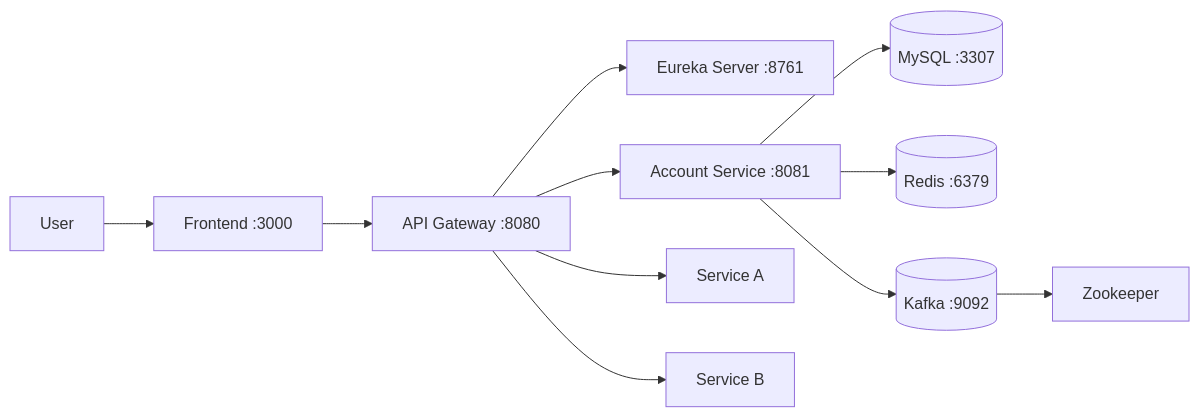
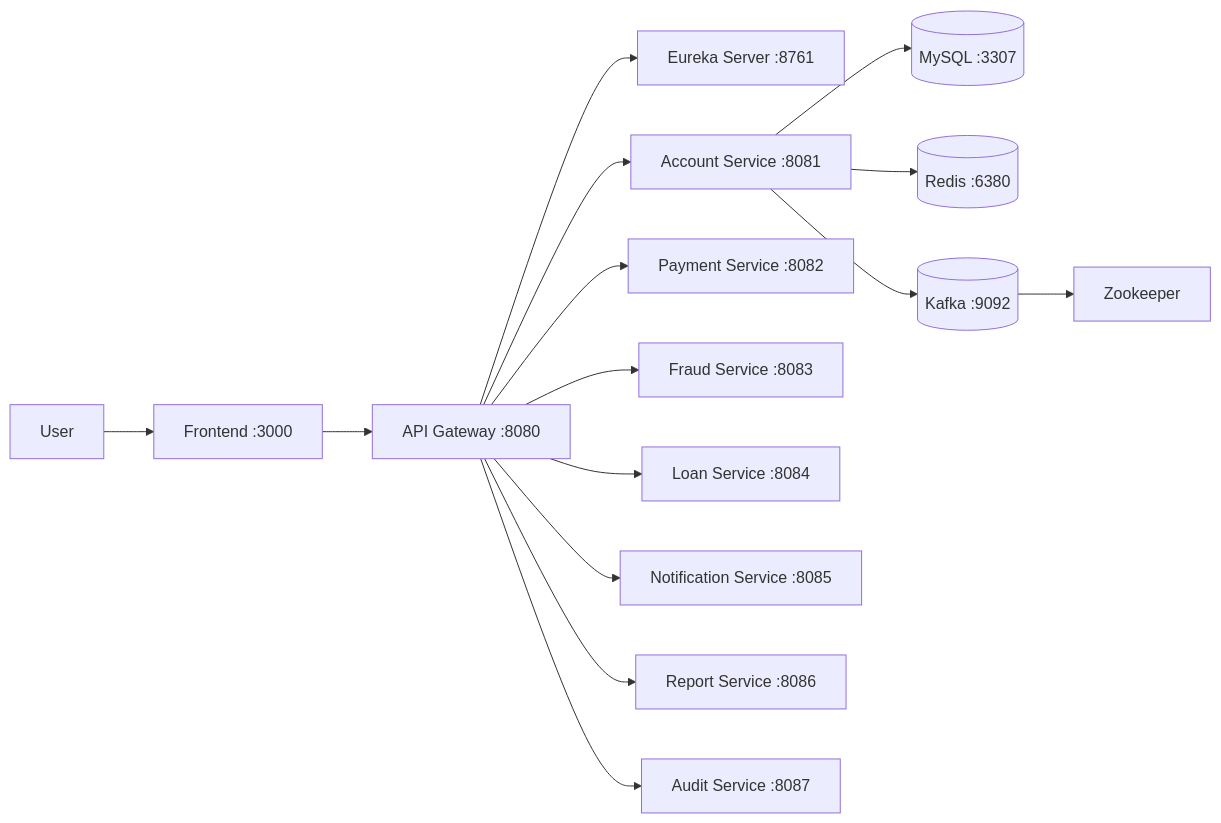
Before and after one commit to hanguyenviet7704/finance_individual: the diagram in README.md, drawn with Mermaid. The commit also changed other lines of this file and 165 other files, not shown here.

````diff
--- a/README.md
+++ b/README.md
@@ -29,13 +30,17 @@
 ```mermaid
 graph LR
     U[User] --> FE[Frontend :3000]
     FE --> GW[API Gateway :8080]
     GW --> ES[Eureka Server :8761]
     GW --> AS[Account Service :8081]
-    GW --> SA[Service A]
-    GW --> SB[Service B]
+    GW --> PS[Payment Service :8082]
+    GW --> FS[Fraud Service :8083]
+    GW --> LS[Loan Service :8084]
+    GW --> NS[Notification Service :8085]
+    GW --> RS[Report Service :8086]
+    GW --> AuS[Audit Service :8087]
     AS --> MYSQL[(MySQL :3307)]
-    AS --> REDIS[(Redis :6379)]
+    AS --> REDIS[(Redis :6380)]
     AS --> KAFKA[(Kafka :9092)]
     KAFKA --> ZK[Zookeeper]
 ```
````
